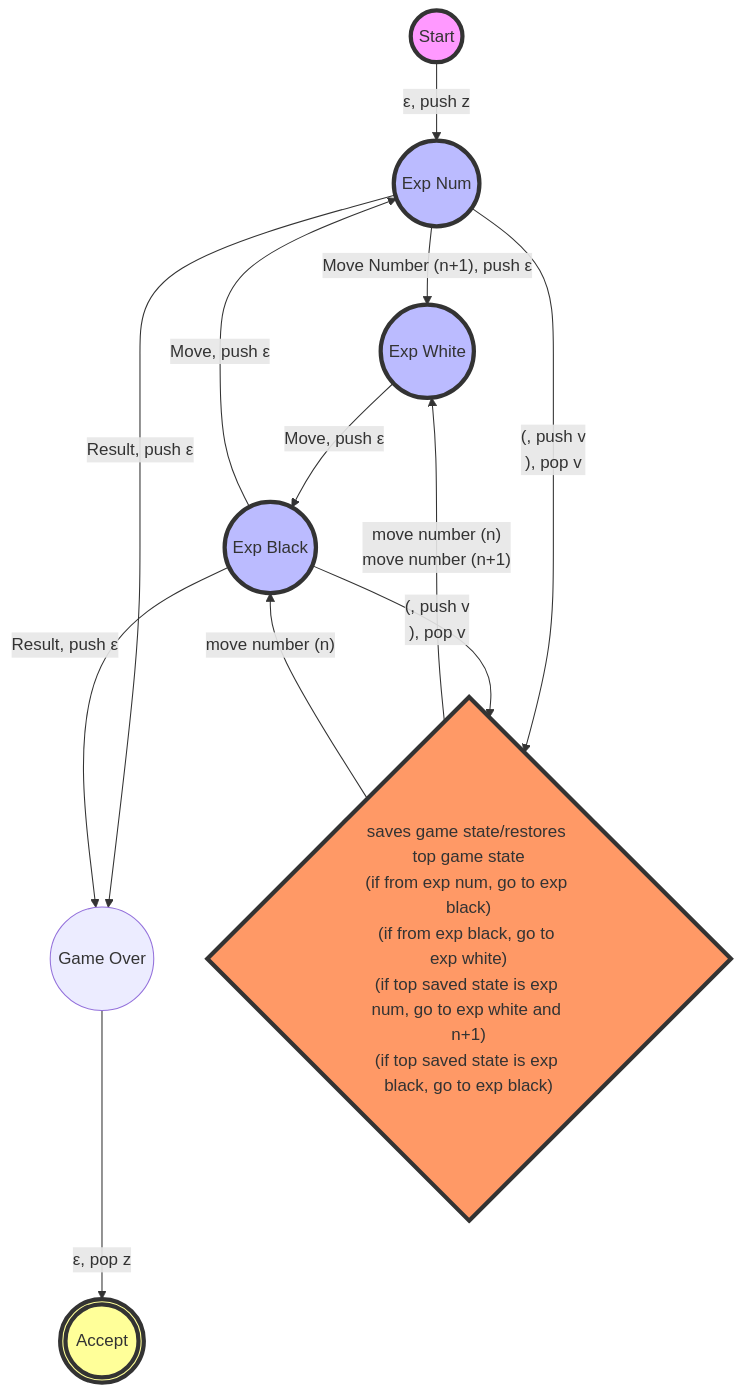
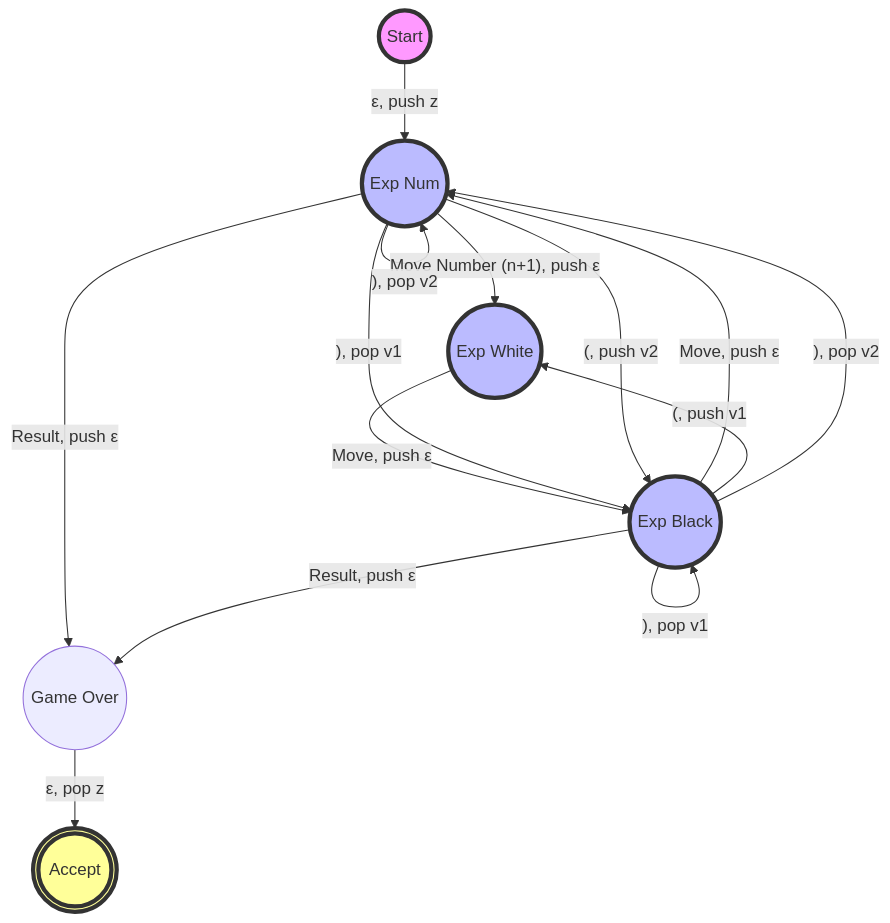
Before and after one commit to richteryap/Automata: the diagram in pda_diagram.mmd, drawn with Mermaid. The commit also changed 1 other file, not shown here.

Commit message:
updated pda diagram

```diff
--- a/pda_diagram.mmd
+++ b/pda_diagram.mmd
@@ -1,37 +1,36 @@
 graph TD
     %% Main States
     q0((Start))
     q1((Exp Num))
     q2((Exp White))
     q3((Exp Black))
     q4((Game Over))
     qF(((Accept)))
 
     %% Main Loop
     q0 -- "ε, push z" --> q1
     q1 -- "Move Number (n+1), push ε" --> q2
     q2 -- "Move, push ε" --> q3
     q3 -- "Move, push ε" --> q1
 
     %% Game End
     q1 -- "Result, push ε" --> q4
     q3 -- "Result, push ε" --> q4
 
     %% Accept State
     q4 -- "ε, pop z" --> qF
 
-    %% Semantic Rules for Variations
-    qV{"saves game state/restores top game state\n(if from exp num, go to exp black)\n(if from exp black, go to exp white)\n(if top saved state is exp num, go to exp white and n+1)\n(if top saved state is exp black, go to exp black)"}
+    %% Variation Push/Pop Implementation
+    q3 -- "(, push v1" --> q2
+    q3 -- "), pop v1" --> q3
+    q1 -- "), pop v1" --> q3
 
-    %% Variation Push/Pop Implementation
-    q1 -- "(, push v\n), pop v" --> qV
-    q3 -- "(, push v\n), pop v" --> qV
-    qV -- "move number (n)\nmove number (n+1)" --> q2
-    qV -- "move number (n)" --> q3
+    q1 -- "(, push v2" --> q3
+    q1 -- "), pop v2" --> q1
+    q3 -- "), pop v2" --> q1
 
     style q0 fill:#f9f,stroke:#333,stroke-width:4px
     style q1 fill:#bbf,stroke:#333,stroke-width:4px
     style q2 fill:#bbf,stroke:#333,stroke-width:4px
     style q3 fill:#bbf,stroke:#333,stroke-width:4px
     style qF fill:#ff9,stroke:#333,stroke-width:4px
-    style qV fill:#f96,stroke:#333,stroke-width:4px
```
